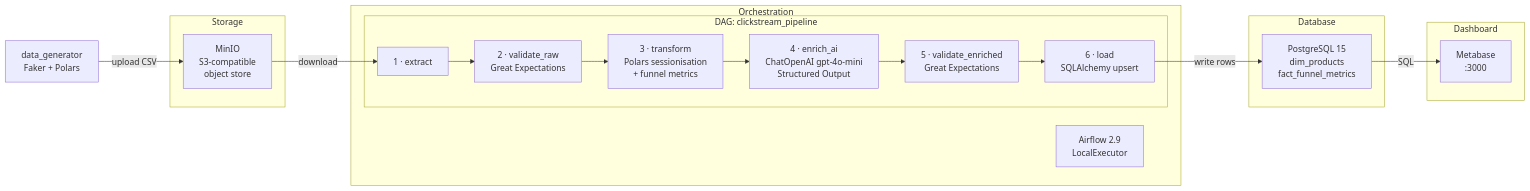
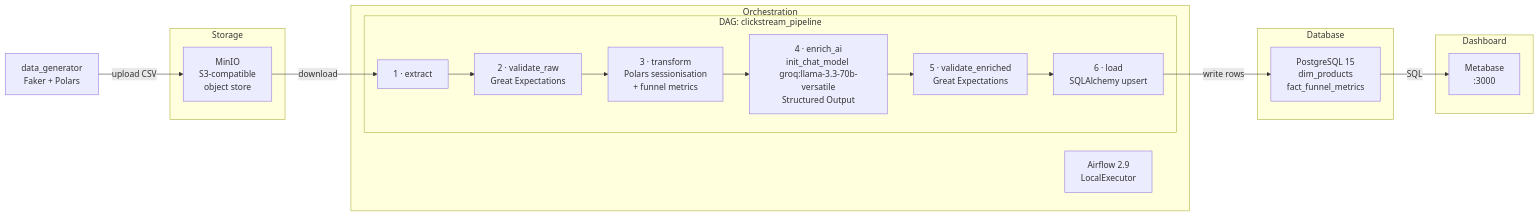
One commit to henryantwi/DEM012-CI-CD-Workflow-Automation-with-Github changed the diagram in README.md. Above: the diagram before and after it, drawn with Mermaid. The commit also changed other lines of this file and 5 other files, not shown here.

Commit message:
feat: replace OpenAI API with Groq API for AI enrichment; update environment variables and documentation

````diff
--- a/README.md
+++ b/README.md
@@ -13,34 +13,34 @@
 ```mermaid
 graph LR
     GEN["data_generator\nFaker + Polars"]
 
     subgraph Storage
         MINIO["MinIO\nS3-compatible\nobject store"]
     end
 
     subgraph Orchestration
         AIRFLOW["Airflow 2.9\nLocalExecutor"]
         subgraph DAG: clickstream_pipeline
             E["1 · extract"]
             VR["2 · validate_raw\nGreat Expectations"]
             T["3 · transform\nPolars sessionisation\n+ funnel metrics"]
-            AI["4 · enrich_ai\nChatOpenAI gpt-4o-mini\nStructured Output"]
+            AI["4 · enrich_ai\ninit_chat_model groq:llama-3.3-70b-versatile\nStructured Output"]
             VE["5 · validate_enriched\nGreat Expectations"]
             L["6 · load\nSQLAlchemy upsert"]
         end
         E --> VR --> T --> AI --> VE --> L
     end
 
     subgraph Database
         PG["PostgreSQL 15\ndim_products\nfact_funnel_metrics"]
     end
 
     subgraph Dashboard
         MB["Metabase\n:3000"]
     end
 
     GEN -->|upload CSV| MINIO
     MINIO -->|download| E
     L -->|write rows| PG
     PG -->|SQL| MB
 ```
````
